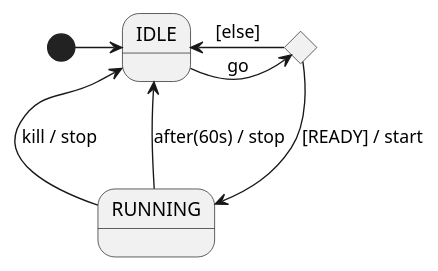
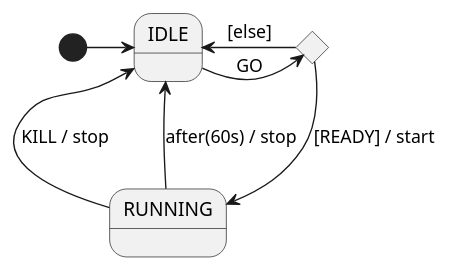
Before and after one commit to theodore-norvell/cogent: the diagram in diagrams/firstExample.puml, drawn with PlantUML. The commit also changed 3 other files, not shown here.

```diff
--- a/diagrams/firstExample.puml
+++ b/diagrams/firstExample.puml
@@ -1,11 +1,11 @@
 @startuml
     state IDLE 
     state RUNNING
     state C <<choice>>
     [*] -> IDLE
-    IDLE -> C : go
+    IDLE -> C : GO
     C -> RUNNING : [READY] / start
     C -> IDLE : [else]
-    RUNNING -> IDLE : kill / stop
+    RUNNING -> IDLE : KILL / stop
     RUNNING --> IDLE : after(60s) / stop
 @enduml
```
